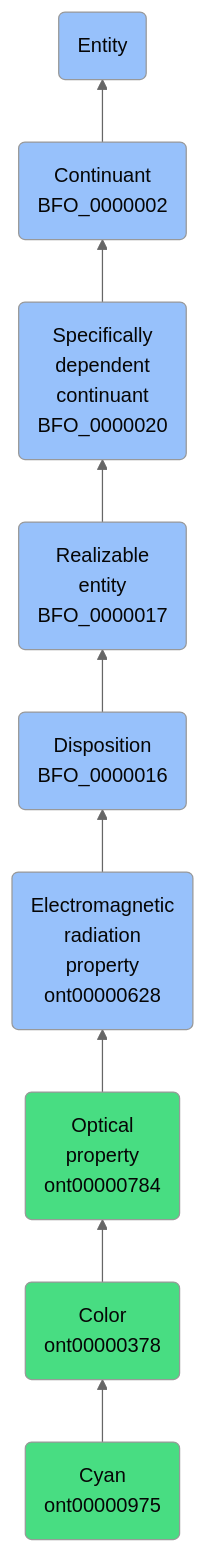
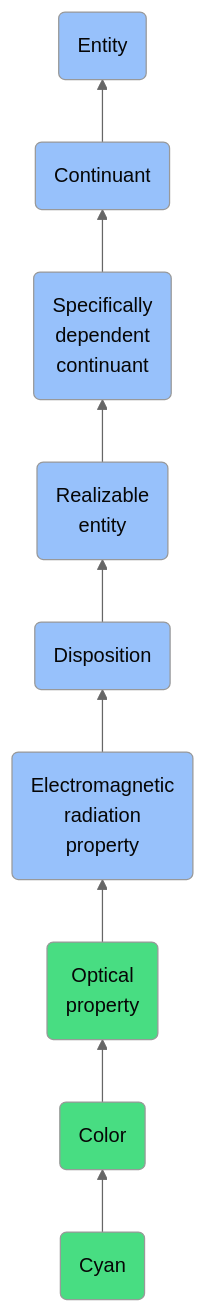
The diagram in docs/ontology/reference/model/Entity/Continuant/Specifically dependent continuant/Realizable entity/Disposition/Electromagnetic radiation property/Optical property/Color/Cyan/Cyan.md (jupyter-naas/abi), drawn with Mermaid (neutral theme) before and after one commit. The commit also changed other lines of this file and 1430 other files, not shown here.

````diff
--- a/docs/ontology/reference/model/Entity/Continuant/Specifically dependent continuant/Realizable entity/Disposition/Electromagnetic radiation property/Optical property/Color/Cyan/Cyan.md
+++ b/docs/ontology/reference/model/Entity/Continuant/Specifically dependent continuant/Realizable entity/Disposition/Electromagnetic radiation property/Optical property/Color/Cyan/Cyan.md
@@ -24,16 +24,16 @@
 ```mermaid
 graph BT
-    ont00000975(Cyan<br>ont00000975):::ABI-->ont00000378
-    ont00000378(Color<br>ont00000378):::ABI-->ont00000784
-    ont00000784(Optical<br>property<br>ont00000784):::ABI-->ont00000628
-    ont00000628(Electromagnetic<br>radiation<br>property<br>ont00000628):::BFO-->BFO_0000016
-    BFO_0000016(Disposition<br>BFO_0000016):::BFO-->BFO_0000017
-    BFO_0000017(Realizable<br>entity<br>BFO_0000017):::BFO-->BFO_0000020
-    BFO_0000020(Specifically<br>dependent<br>continuant<br>BFO_0000020):::BFO-->BFO_0000002
-    BFO_0000002(Continuant<br>BFO_0000002):::BFO-->BFO_0000001
+    ont00000975(Cyan):::ABI-->ont00000378
+    ont00000378(Color):::ABI-->ont00000784
+    ont00000784(Optical<br>property):::ABI-->ont00000628
+    ont00000628(Electromagnetic<br>radiation<br>property):::BFO-->BFO_0000016
+    BFO_0000016(Disposition):::BFO-->BFO_0000017
+    BFO_0000017(Realizable<br>entity):::BFO-->BFO_0000020
+    BFO_0000020(Specifically<br>dependent<br>continuant):::BFO-->BFO_0000002
+    BFO_0000002(Continuant):::BFO-->BFO_0000001
     BFO_0000001(Entity):::BFO
     
     classDef BFO fill:#97c1fb,color:#060606
     classDef CCO fill:#e4c51e,color:#060606
     classDef ABI fill:#48DD82,color:#060606
 ```
````
